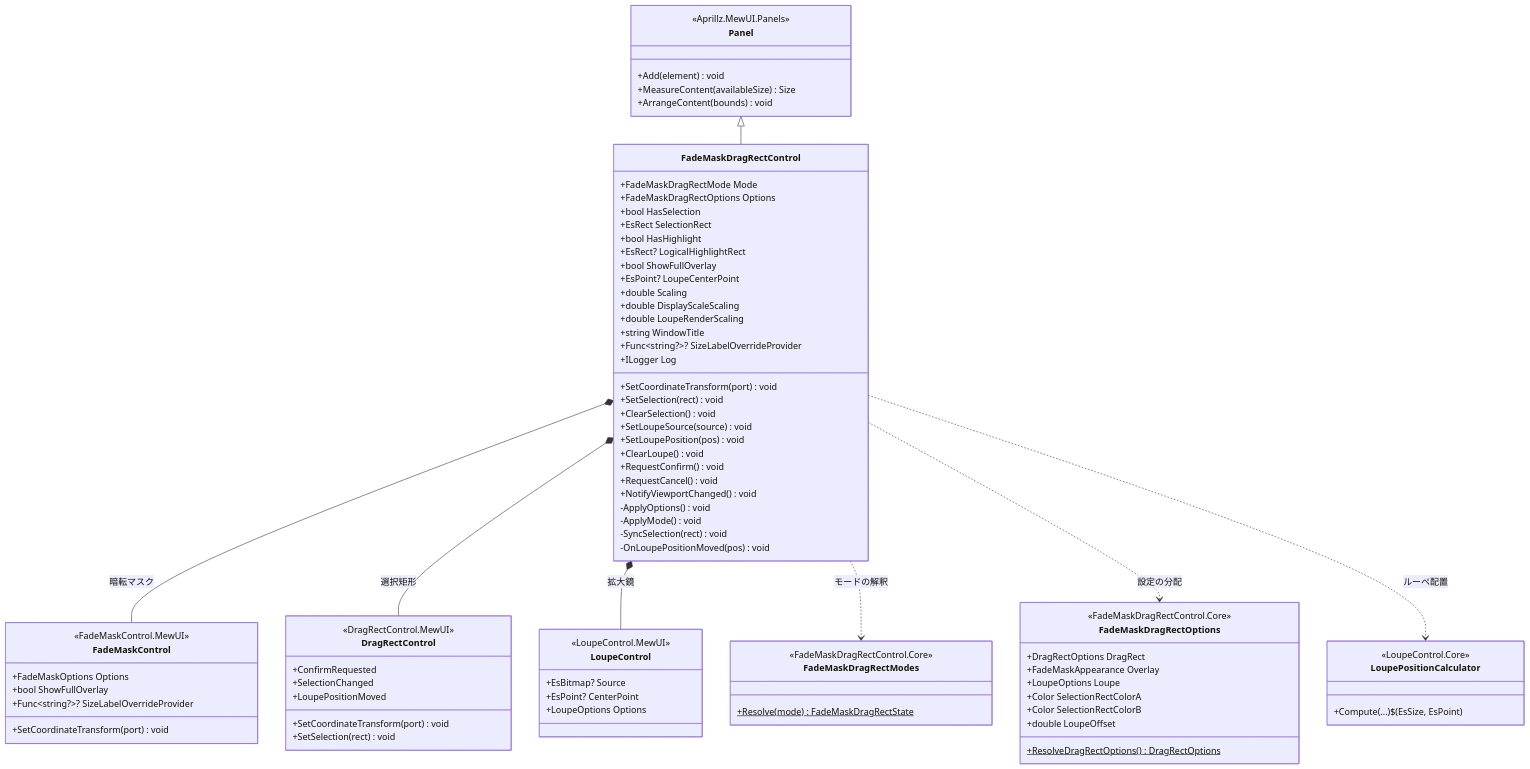
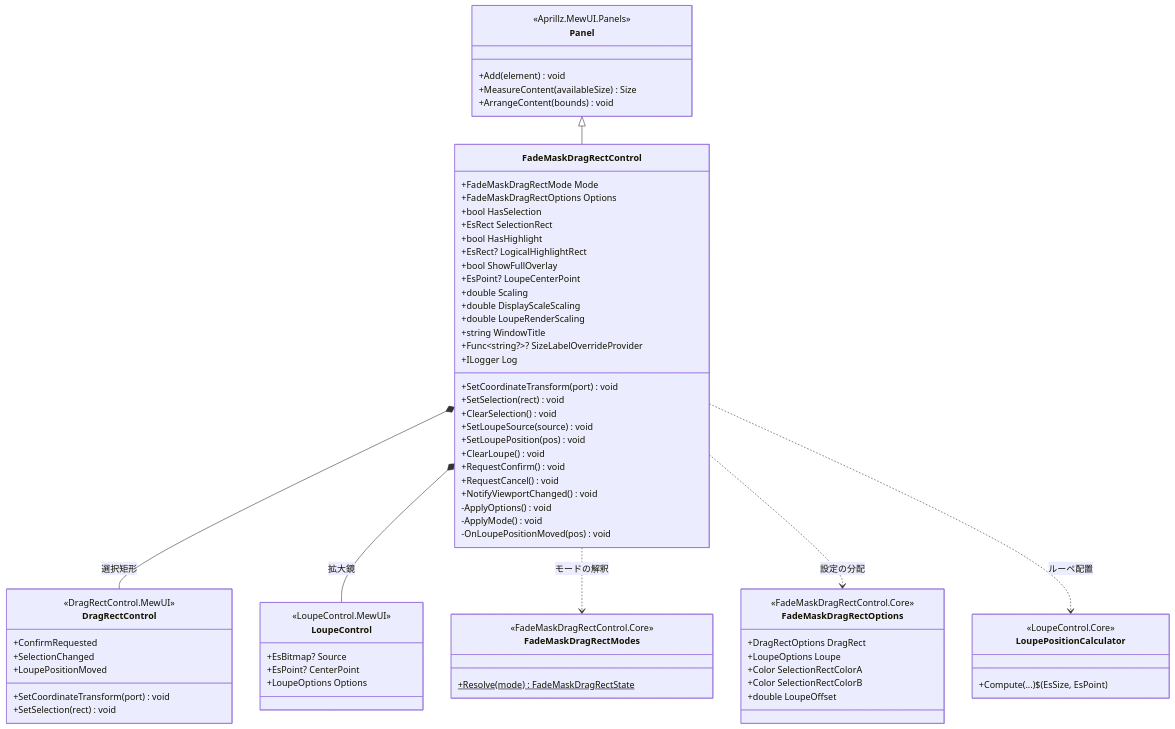
The first of 4 diagrams in src/FadeMaskDragRectControl.MewUI/SPEC_System.md (tomokuni/SaveEvidence), drawn with Mermaid before and after one commit. The commit also changed other lines of this file and 178 other files, not shown here.

```diff
--- a/src/FadeMaskDragRectControl.MewUI/SPEC_System.md
+++ b/src/FadeMaskDragRectControl.MewUI/SPEC_System.md
@@ -126,15 +126,7 @@
         +NotifyViewportChanged() void
         -ApplyOptions() void
         -ApplyMode() void
-        -SyncSelection(rect) void
         -OnLoupePositionMoved(pos) void
-    }
-    class FadeMaskControl {
-        <<FadeMaskControl.MewUI>>
-        +FadeMaskOptions Options
-        +bool ShowFullOverlay
-        +Func~string?~? SizeLabelOverrideProvider
-        +SetCoordinateTransform(port) void
     }
     class DragRectControl {
         <<DragRectControl.MewUI>>
@@ -157,12 +149,10 @@
     class FadeMaskDragRectOptions {
         <<FadeMaskDragRectControl.Core>>
         +DragRectOptions DragRect
-        +FadeMaskAppearance Overlay
         +LoupeOptions Loupe
         +Color SelectionRectColorA
         +Color SelectionRectColorB
         +double LoupeOffset
-        +ResolveDragRectOptions()$ DragRectOptions
     }
     class LoupePositionCalculator {
         <<LoupeControl.Core>>
@@ -170,7 +160,6 @@
     }
 
     Panel <|-- FadeMaskDragRectControl
-    FadeMaskDragRectControl *-- FadeMaskControl : 暗転マスク
     FadeMaskDragRectControl *-- DragRectControl : 選択矩形
     FadeMaskDragRectControl *-- LoupeControl : 拡大鏡
     FadeMaskDragRectControl ..> FadeMaskDragRectModes : モードの解釈
```
